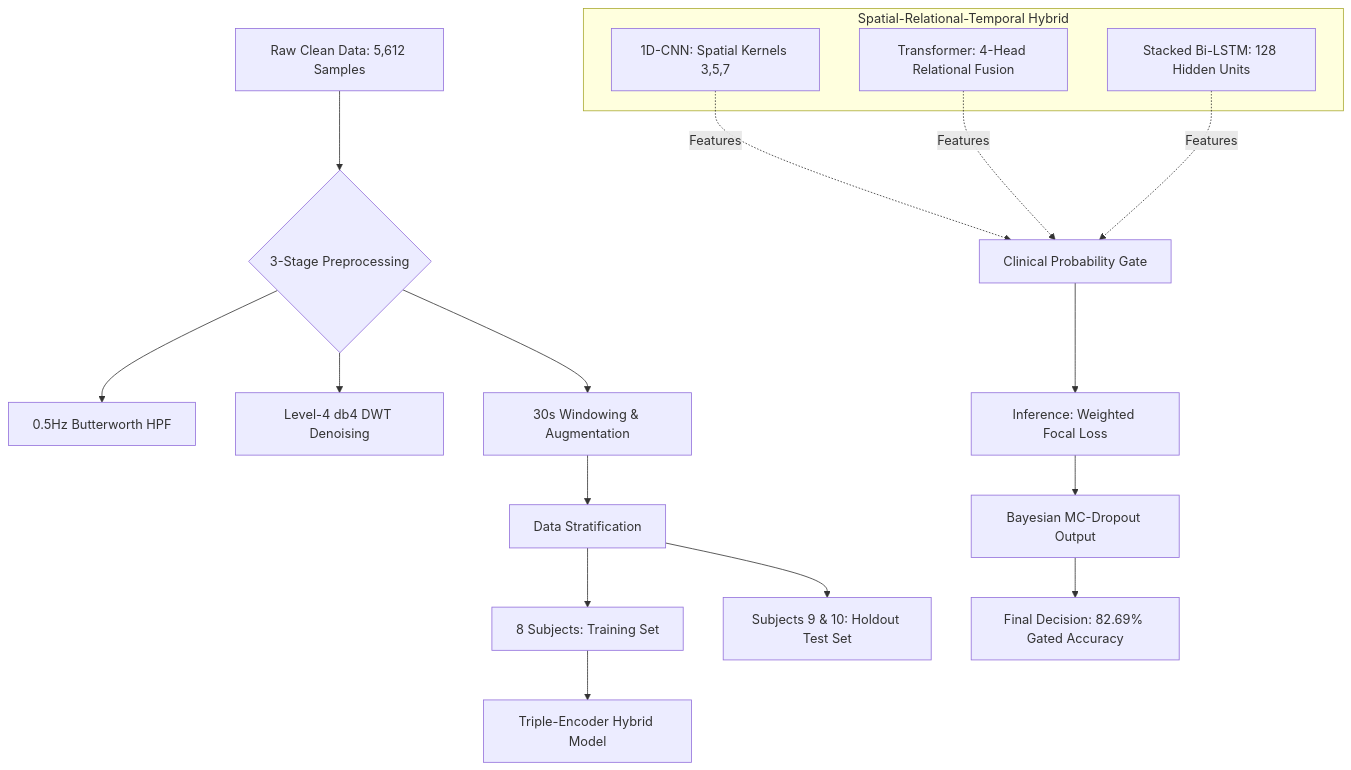
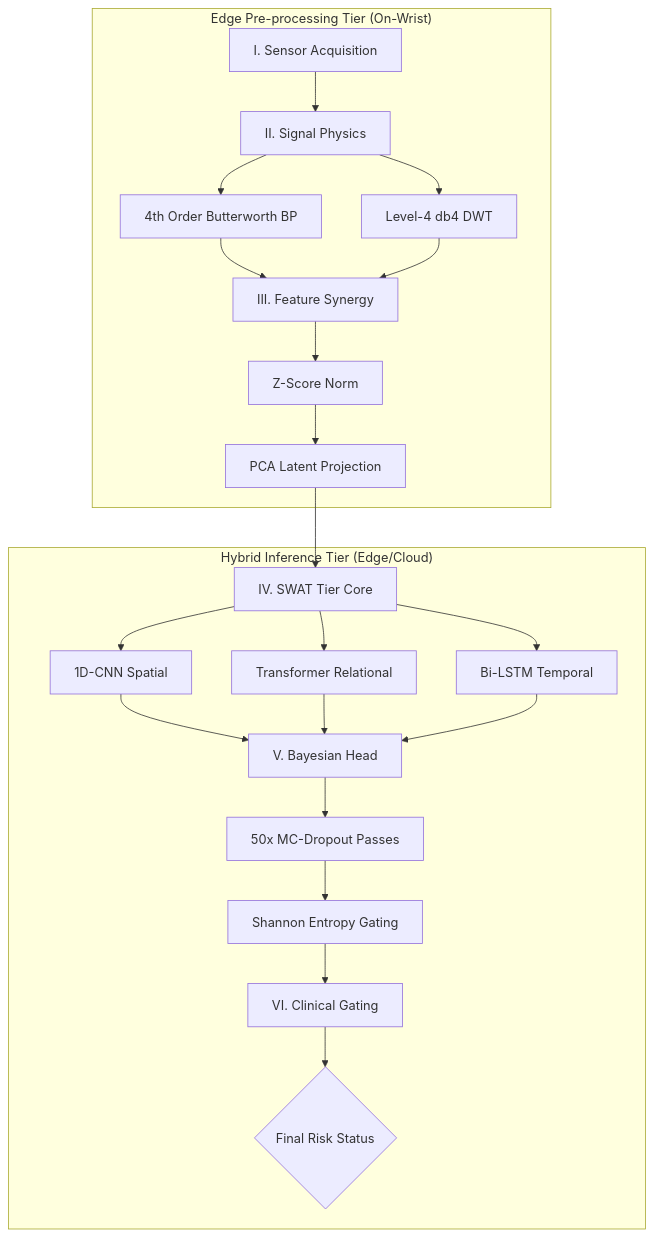
One commit to KingshukChatterjee007/AI-Integration-in-Wearables-for-Clot-Monitoring changed the diagram in reports/MASTER_ANALYSIS_REPORT.md. Above: the diagram before and after it, drawn with Mermaid. The commit also changed other lines of this file and 23 other files, not shown here.

````diff
--- a/reports/MASTER_ANALYSIS_REPORT.md
+++ b/reports/MASTER_ANALYSIS_REPORT.md
@@ -15,26 +25,26 @@
 ```mermaid
 graph TD
-    A[Raw Clean Data: 5,612 Samples] --> B{3-Stage Preprocessing}
-    B --> B1[0.5Hz Butterworth HPF]
-    B --> B2[Level-4 db4 DWT Denoising]
-    B --> B3[30s Windowing & Augmentation]
-    
-    B3 --> C[Data Stratification]
-    C --> C1[8 Subjects: Training Set]
-    C --> C2[Subjects 9 & 10: Holdout Test Set]
-    
-    C1 --> D[Triple-Encoder Hybrid Model]
-    subgraph "Spatial-Relational-Temporal Hybrid"
-        D1[1D-CNN: Spatial Kernels 3,5,7] 
-        D2[Transformer: 4-Head Relational Fusion]
-        D3[Stacked Bi-LSTM: 128 Hidden Units]
+    subgraph "Edge Pre-processing Tier (On-Wrist)"
+        A[I. Sensor Acquisition] --> B[II. Signal Physics]
+        B --> B1[4th Order Butterworth BP]
+        B --> B2[Level-4 db4 DWT]
+        B1 --> C[III. Feature Synergy]
+        B2 --> C
+        C --> C1[Z-Score Norm]
+        C1 --> C2[PCA Latent Projection]
     end
-    
-    D1 -. Features .-> E[Clinical Probability Gate]
-    D2 -. Features .-> E
-    D3 -. Features .-> E
-    
-    E --> F[Inference: Weighted Focal Loss]
-    F --> G[Bayesian MC-Dropout Output]
-    G --> H[Final Decision: 82.69% Gated Accuracy]
+
+    subgraph "Hybrid Inference Tier (Edge/Cloud)"
+        C2 --> D[IV. SWAT Tier Core]
+        D --> D1[1D-CNN Spatial]
+        D --> D2[Transformer Relational]
+        D --> D3[Bi-LSTM Temporal]
+        
+        D1 & D2 & D3 --> E[V. Bayesian Head]
+        E --> E1[50x MC-Dropout Passes]
+        E1 --> E2[Shannon Entropy Gating]
+        
+        E2 --> F[VI. Clinical Gating]
+        F --> G{Final Risk Status}
+    end
 ```
````
